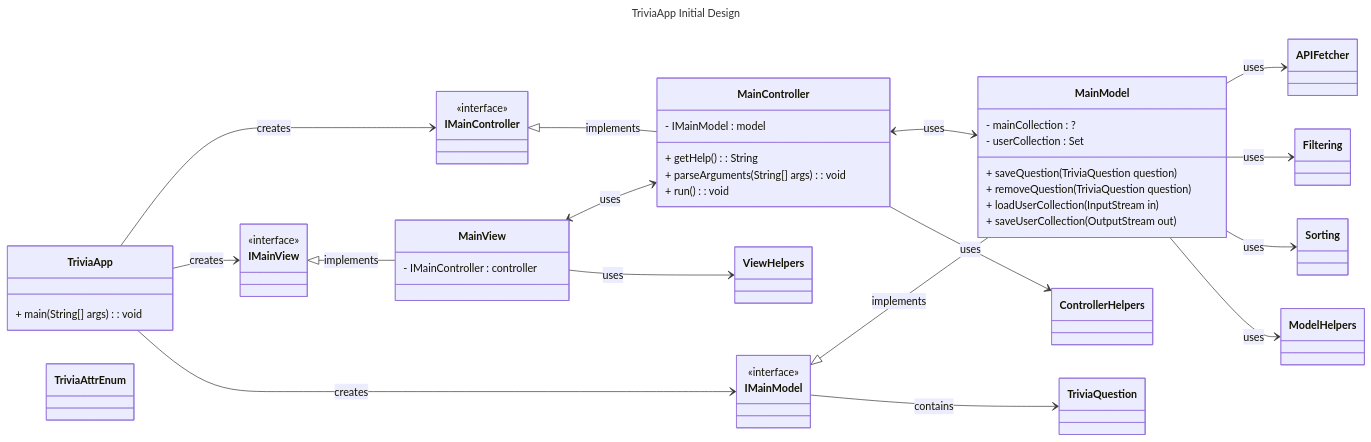
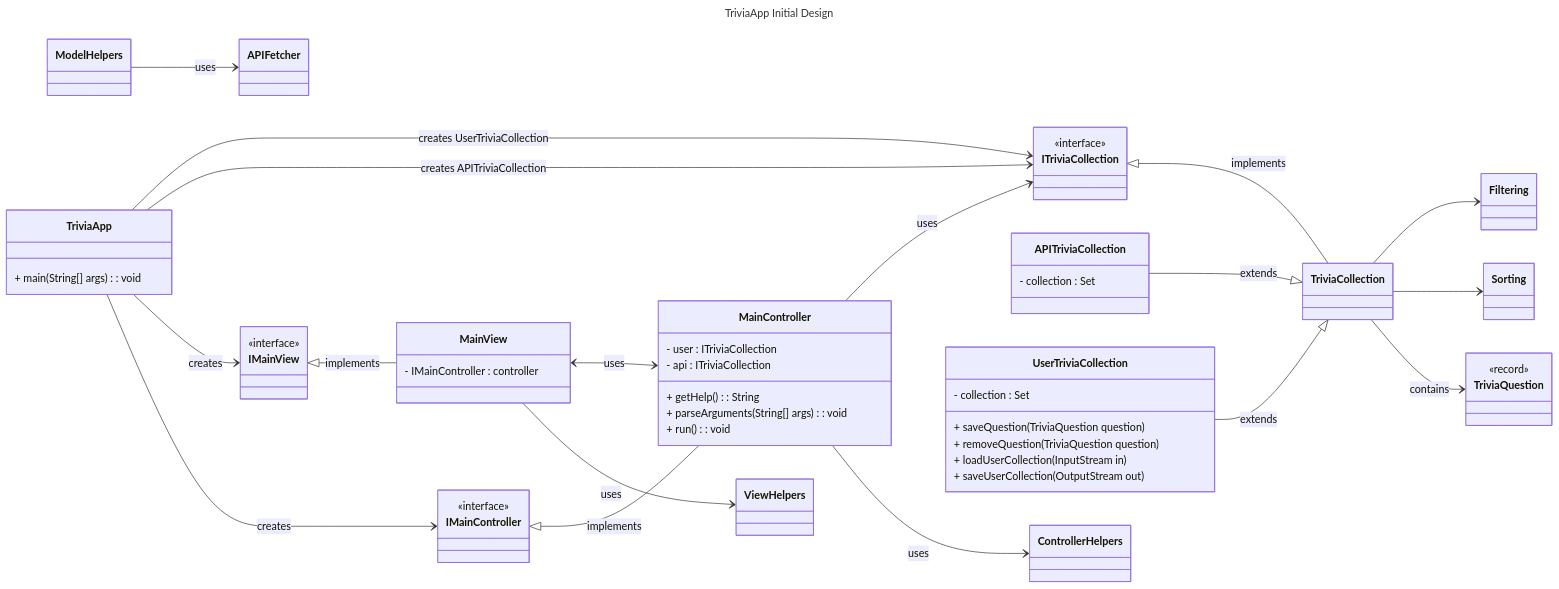
The diagram in DesignDocuments/InitialDesign.md (Su24-CS5004-Online-Lionelle/final-project-group-8), drawn with Mermaid before and after one commit. The commit also changed other lines of this file, not shown here.

Commit message:
docs: updated UML

```diff
--- a/DesignDocuments/InitialDesign.md
+++ b/DesignDocuments/InitialDesign.md
@@ -28,23 +30,29 @@
 ---
 classDiagram
    direction LR
+
+   TriviaApp --> ITriviaCollection : creates UserTriviaCollection
+   TriviaApp --> ITriviaCollection : creates APITriviaCollection
+   TriviaApp --> IMainView : creates
    TriviaApp --> IMainController : creates
+
    IMainController <|-- MainController : implements
-   TriviaApp --> IMainView : creates
    IMainView <|-- MainView : implements
-   TriviaApp --> IMainModel : creates
-   IMainModel <|-- MainModel : implements
 
-   MainController <--> MainModel : uses
+   TriviaCollection --> Filtering
+   TriviaCollection --> Sorting
+   APITriviaCollection  --|> TriviaCollection : extends
+   UserTriviaCollection --|> TriviaCollection : extends
+   ITriviaCollection <|-- TriviaCollection : implements
+
+   MainController --> ITriviaCollection : uses
+
    MainView <--> MainController : uses
    MainView --> ViewHelpers : uses
-   MainModel --> APIFetcher : uses
-   MainModel --> Filtering : uses
-   MainModel --> Sorting : uses
+   ModelHelpers --> APIFetcher : uses
    MainController --> ControllerHelpers : uses
 
-   IMainModel --> TriviaQuestion : contains
-   MainModel --> ModelHelpers : uses
+   TriviaCollection --> TriviaQuestion : contains
 
    class TriviaApp {
       + main(String[] args) : void
@@ -55,23 +63,32 @@
    }
 
    class MainController {
-      - IMainModel : model
+      - user : ITriviaCollection
+      - api : ITriviaCollection
       + getHelp() : String
       + parseArguments(String[] args) : void
       + run() : void
    }
 
-   class IMainModel {
-      <<interface>>
-   }
-
-   class MainModel {
-      - mainCollection : ?
-      - userCollection : Set<TriviaQuestion>
+   class UserTriviaCollection {
+      - collection : Set<TriviaQuestion>
       + saveQuestion(TriviaQuestion question)
       + removeQuestion(TriviaQuestion question)
       + loadUserCollection(InputStream in)
       + saveUserCollection(OutputStream out)
+   }
+
+   class APITriviaCollection {
+      - collection : Set<TriviaQuestion>
+   }
+
+   class ITriviaCollection {
+      <<interface>>
+
+   }
+
+   class TriviaCollection {
+
    }
 
    class ModelHelpers {
@@ -91,14 +108,7 @@
    }
    
    class TriviaQuestion {
-
-   }
-
-   class APIFetcher {
-
-   }
-   
-   class TriviaAttrEnum {
+      <<record>>
 
    }
 
```
